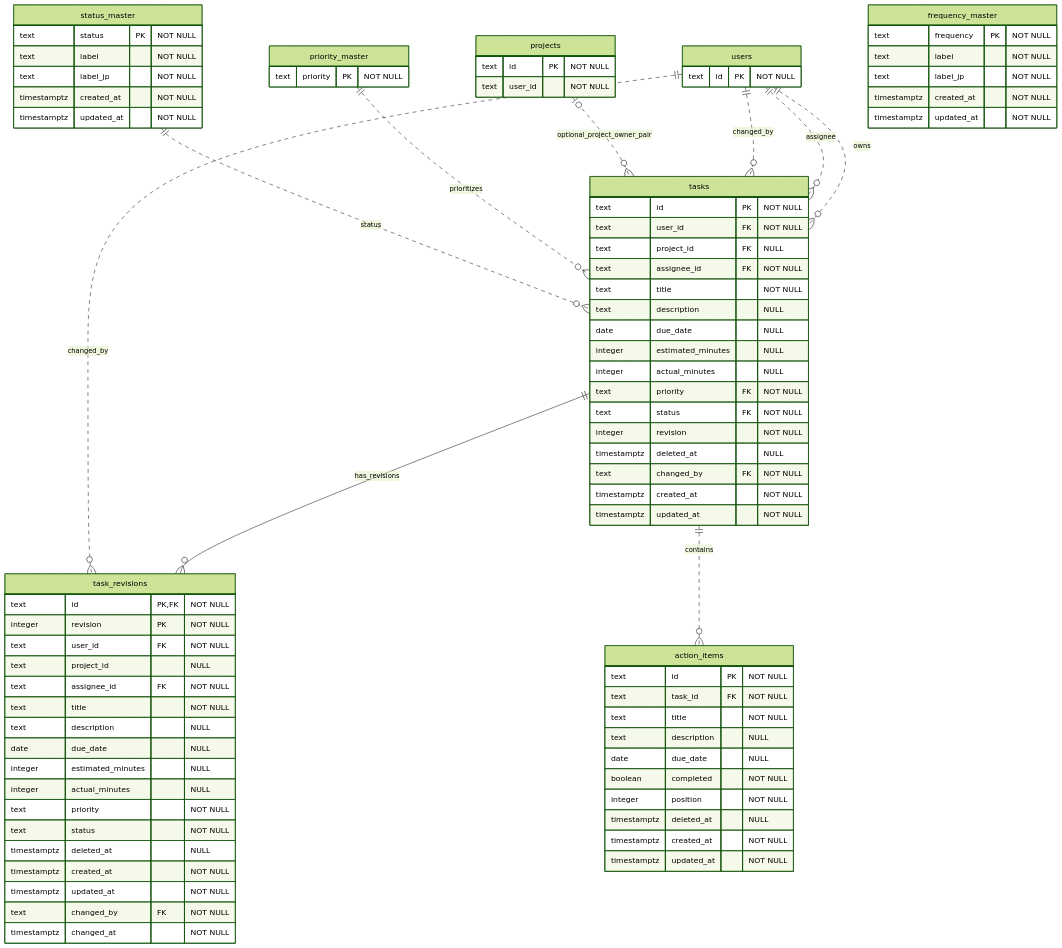
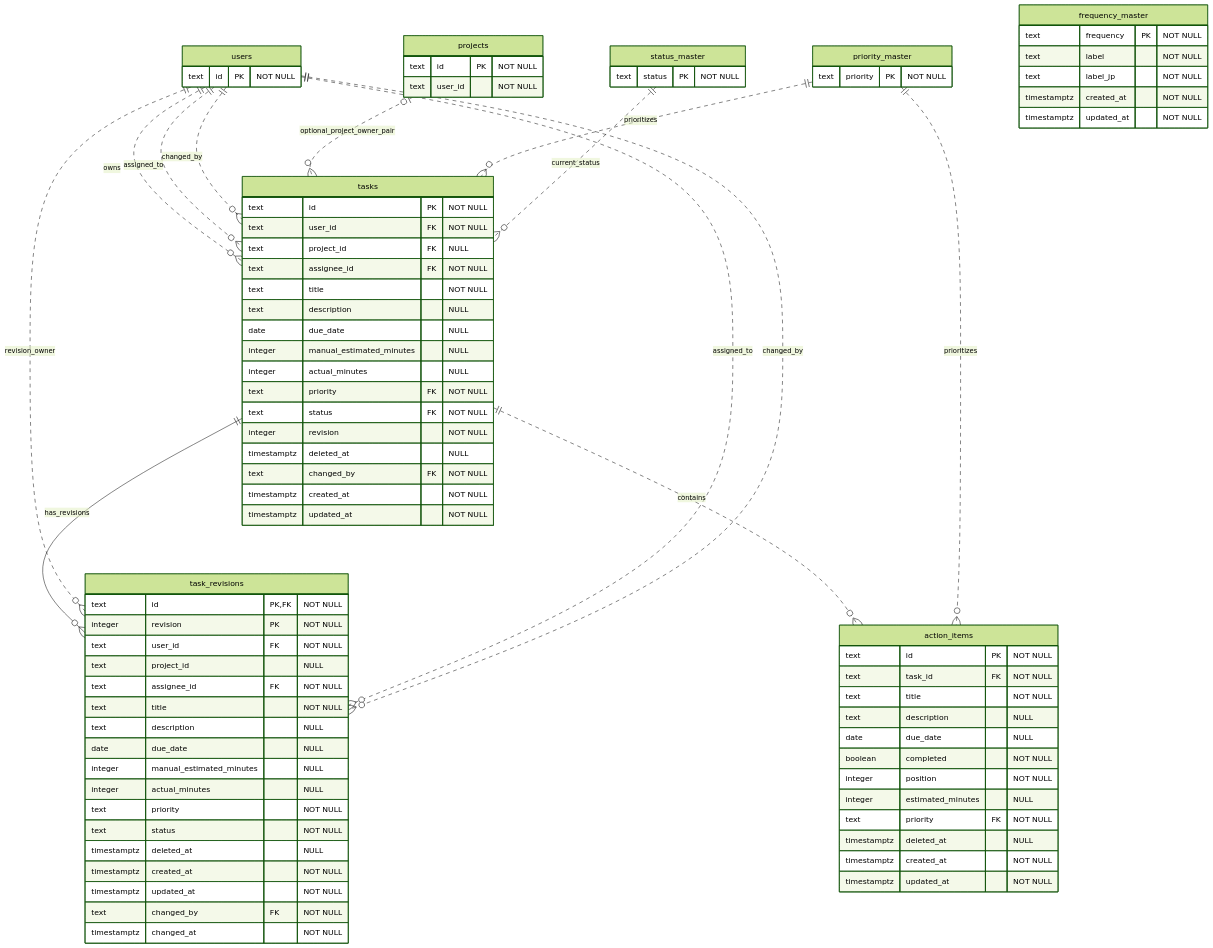
The diagram in backend/db/er/task.mmd (Najah7/task2todaytodo), drawn with Mermaid (forest theme) before and after one commit. The commit also changed 6 other files, not shown here.

Commit message:
📝 update: ER diagrams

```diff
--- a/backend/db/er/task.mmd
+++ b/backend/db/er/task.mmd
@@ -1,94 +1,96 @@
 erDiagram
-    %% External references: users, projects, priority_master, roles, and project_members.
-    %% Composite FK: tasks(project_id, user_id) -> projects(id, user_id).
+    %% Tables created by 000003_task.up.sql.
+    %% External references: users (auth.mmd), projects (project.mmd), priority_master and status_master (project.mmd).
+    %% tasks(project_id, user_id) references projects(id, user_id); task_revisions stores project_id as a snapshot without an FK.
 
     users {
         text id PK "NOT NULL"
     }
 
     projects {
         text id PK "NOT NULL"
         text user_id "NOT NULL"
     }
 
     priority_master {
         text priority PK "NOT NULL"
     }
 
     status_master {
         text status PK "NOT NULL"
-        text label "NOT NULL"
-        text label_jp "NOT NULL"
-        timestamptz created_at "NOT NULL"
-        timestamptz updated_at "NOT NULL"
     }
 
     frequency_master {
         text frequency PK "NOT NULL"
         text label "NOT NULL"
         text label_jp "NOT NULL"
         timestamptz created_at "NOT NULL"
         timestamptz updated_at "NOT NULL"
     }
 
     tasks {
         text id PK "NOT NULL"
         text user_id FK "NOT NULL"
         text project_id FK "NULL"
         text assignee_id FK "NOT NULL"
         text title "NOT NULL"
         text description "NULL"
         date due_date "NULL"
-        integer estimated_minutes "NULL"
+        integer manual_estimated_minutes "NULL"
         integer actual_minutes "NULL"
         text priority FK "NOT NULL"
         text status FK "NOT NULL"
         integer revision "NOT NULL"
         timestamptz deleted_at "NULL"
         text changed_by FK "NOT NULL"
         timestamptz created_at "NOT NULL"
         timestamptz updated_at "NOT NULL"
     }
 
     task_revisions {
         text id PK, FK "NOT NULL"
         integer revision PK "NOT NULL"
         text user_id FK "NOT NULL"
         text project_id "NULL"
         text assignee_id FK "NOT NULL"
         text title "NOT NULL"
         text description "NULL"
         date due_date "NULL"
-        integer estimated_minutes "NULL"
+        integer manual_estimated_minutes "NULL"
         integer actual_minutes "NULL"
         text priority "NOT NULL"
         text status "NOT NULL"
         timestamptz deleted_at "NULL"
         timestamptz created_at "NOT NULL"
         timestamptz updated_at "NOT NULL"
         text changed_by FK "NOT NULL"
         timestamptz changed_at "NOT NULL"
     }
 
     action_items {
         text id PK "NOT NULL"
         text task_id FK "NOT NULL"
         text title "NOT NULL"
         text description "NULL"
         date due_date "NULL"
         boolean completed "NOT NULL"
         integer position "NOT NULL"
+        integer estimated_minutes "NULL"
+        text priority FK "NOT NULL"
         timestamptz deleted_at "NULL"
         timestamptz created_at "NOT NULL"
         timestamptz updated_at "NOT NULL"
     }
 
     users ||..o{ tasks : owns
-    users ||..o{ tasks : assignee
+    users ||..o{ tasks : assigned_to
     users ||..o{ tasks : changed_by
     projects |o..o{ tasks : optional_project_owner_pair
     priority_master ||..o{ tasks : prioritizes
-    status_master ||..o{ tasks : status
+    status_master ||..o{ tasks : current_status
     tasks ||--o{ task_revisions : has_revisions
+    users ||..o{ task_revisions : revision_owner
+    users ||..o{ task_revisions : assigned_to
     users ||..o{ task_revisions : changed_by
     tasks ||..o{ action_items : contains
+    priority_master ||..o{ action_items : prioritizes
```
